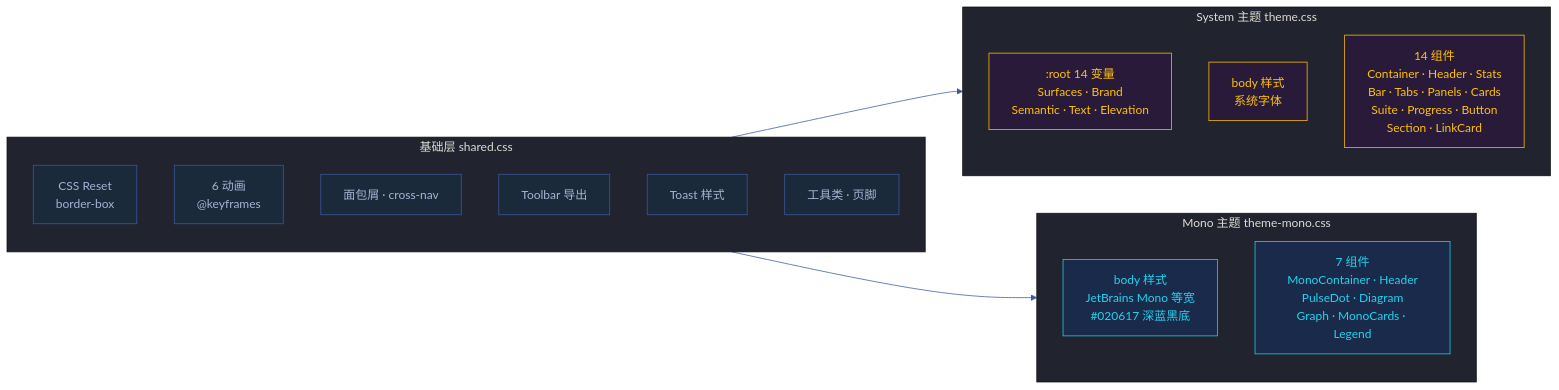
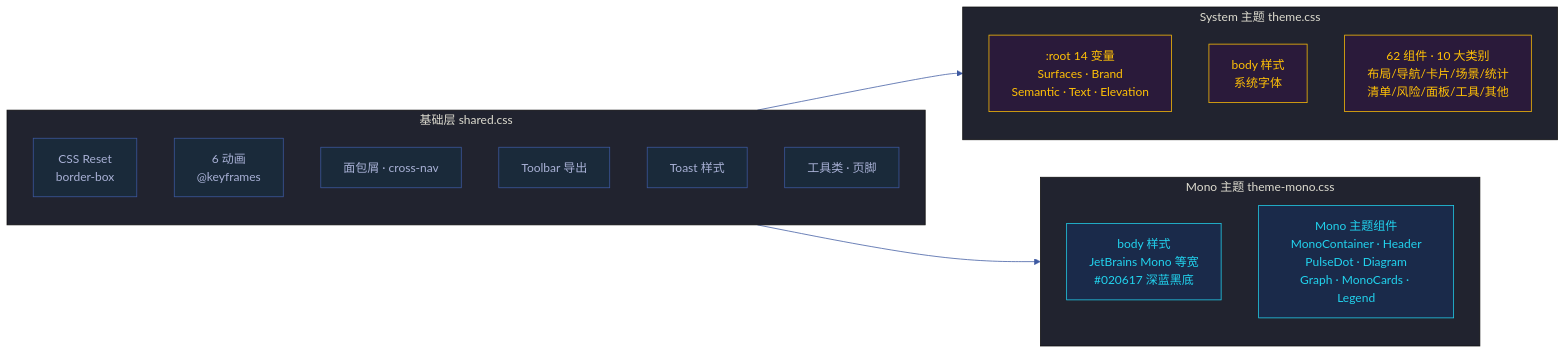
Before and after one commit to effiy/YrY: the second of 2 diagrams in cdn/故事任务面板/cdn/场景-2-双主题系统设计/index.md, drawn with Mermaid. The commit also changed other lines of this file and 613 other files, not shown here.

````diff
--- a/cdn/故事任务面板/cdn/场景-2-双主题系统设计/index.md
+++ b/cdn/故事任务面板/cdn/场景-2-双主题系统设计/index.md
@@ -76,37 +76,37 @@
 ```mermaid
 %%{init: {'theme': 'base', 'themeVariables': {
   'primaryColor': '#1e1f2b',
   'primaryTextColor': '#a9b1d6',
   'primaryBorderColor': '#3d59a1',
   'lineColor': '#3d59a1',
   'secondaryColor': '#2b2d3b',
   'tertiaryColor': '#21232f'
 }}}%%
 flowchart LR
     subgraph BASE["基础层 shared.css"]
         RESET["CSS Reset<br/>border-box"]:::base
         ANIM["6 动画<br/>@keyframes"]:::base
         NAV["面包屑 · cross-nav"]:::base
         TOOLBAR["Toolbar 导出"]:::base
         TOAST["Toast 样式"]:::base
         UTIL["工具类 · 页脚"]:::base
     end
 
     subgraph SYS["System 主题 theme.css"]
         TOKENS[":root 14 变量<br/>Surfaces · Brand<br/>Semantic · Text · Elevation"]:::sys
         BODY_S["body 样式<br/>系统字体"]:::sys
-        COMP_S["14 组件<br/>Container · Header · Stats<br/>Bar · Tabs · Panels · Cards<br/>Suite · Progress · Button<br/>Section · LinkCard"]:::sys
+        COMP_S["62 组件 · 10 大类别<br/>布局/导航/卡片/场景/统计<br/>清单/风险/面板/工具/其他"]:::sys
     end
 
     subgraph MONO_T["Mono 主题 theme-mono.css"]
         BODY_M["body 样式<br/>JetBrains Mono 等宽<br/>#020617 深蓝黑底"]:::mono
-        COMP_M["7 组件<br/>MonoContainer · Header<br/>PulseDot · Diagram<br/>Graph · MonoCards · Legend"]:::mono
+        COMP_M["Mono 主题组件<br/>MonoContainer · Header<br/>PulseDot · Diagram<br/>Graph · MonoCards · Legend"]:::mono
     end
 
     BASE --> SYS
     BASE --> MONO_T
 
     classDef base fill:#1a2a3a,stroke:#3d59a1,color:#a9b1d6
     classDef sys fill:#2a1a3a,stroke:#FFC107,color:#FFC107
     classDef mono fill:#1a2a4a,stroke:#22d3ee,color:#22d3ee
 ```
````
